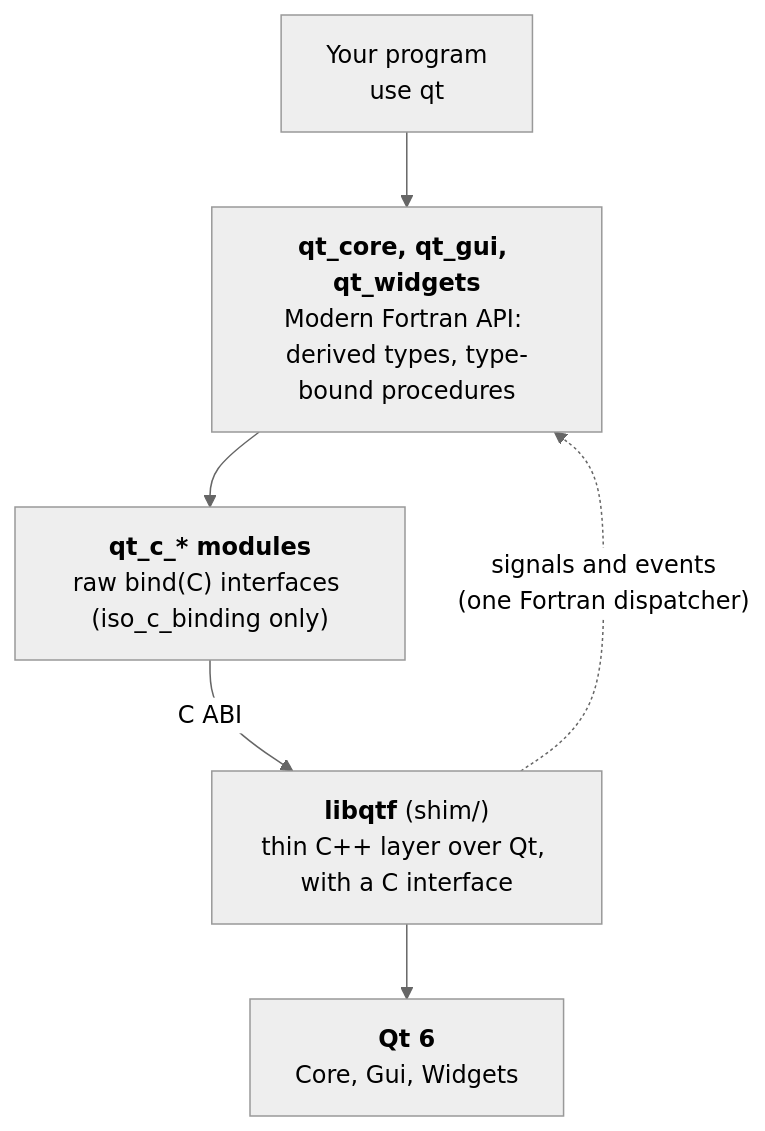
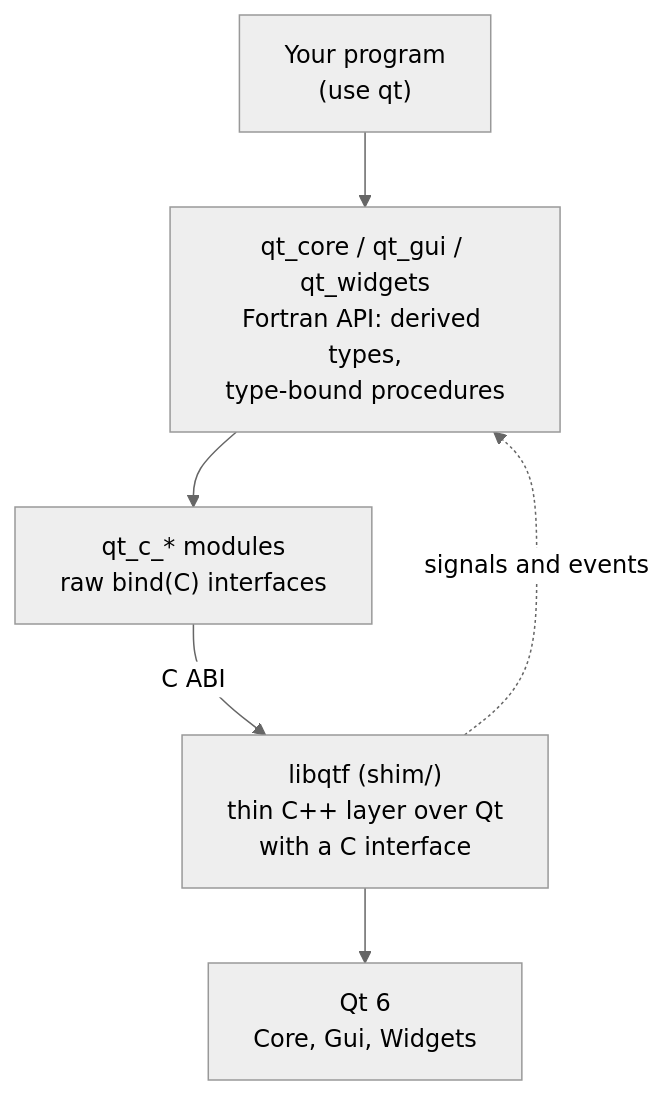
The diagram in README.md (jacobwilliams/qt-fortran), drawn with Mermaid (neutral theme) before and after one commit.

Commit message:
mermaid formatting in readme

````diff
--- a/README.md
+++ b/README.md
@@ -200,13 +200,13 @@
 ```mermaid
 flowchart TD
-    app["Your program<br/>use qt"]
-    api["<b>qt_core, qt_gui, qt_widgets</b><br/>Modern Fortran API: derived types, type-bound procedures"]
-    raw["<b>qt_c_* modules</b><br/>raw bind(C) interfaces (iso_c_binding only)"]
-    shim["<b>libqtf</b> (shim/)<br/>thin C++ layer over Qt, with a C interface"]
-    qt["<b>Qt 6</b><br/>Core, Gui, Widgets"]
+    app["Your program<br/>(use qt)"]
+    api["qt_core / qt_gui / qt_widgets<br/>Fortran API: derived types,<br/>type-bound procedures"]
+    raw["qt_c_* modules<br/>raw bind(C) interfaces"]
+    shim["libqtf (shim/)<br/>thin C++ layer over Qt<br/>with a C interface"]
+    qt["Qt 6<br/>Core, Gui, Widgets"]
 
     app --> api --> raw
-    raw -- "C ABI" --> shim
+    raw -- C ABI --> shim
     shim --> qt
-    shim -. "signals and events<br/>(one Fortran dispatcher)" .-> api
+    shim -. signals and events .-> api
 ```
````
